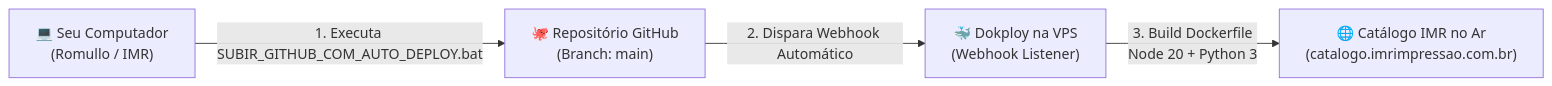
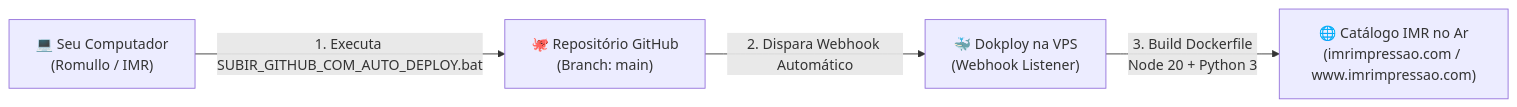
Before and after one commit to romulloo/IMR_Impressao: the diagram in CONFIGURACAO_AUTO_DEPLOY_DOKPLOY.md, drawn with Mermaid. The commit also changed other lines of this file and 3 other files, not shown here.

Commit message:
feat: padronizacao do dominio oficial imrimpressao.com

````diff
--- a/CONFIGURACAO_AUTO_DEPLOY_DOKPLOY.md
+++ b/CONFIGURACAO_AUTO_DEPLOY_DOKPLOY.md
@@ -10,6 +10,6 @@
 ```mermaid
 flowchart LR
     A["💻 Seu Computador\n(Romullo / IMR)"] -->|"1. Executa SUBIR_GITHUB_COM_AUTO_DEPLOY.bat"| B["🐙 Repositório GitHub\n(Branch: main)"]
     B -->|"2. Dispara Webhook Automático"| C["🐳 Dokploy na VPS\n(Webhook Listener)"]
-    C -->|"3. Build Dockerfile\nNode 20 + Python 3"| D["🌐 Catálogo IMR no Ar\n(catalogo.imrimpressao.com.br)"]
+    C -->|"3. Build Dockerfile\nNode 20 + Python 3"| D["🌐 Catálogo IMR no Ar\n(imrimpressao.com / www.imrimpressao.com)"]
 ```
````
